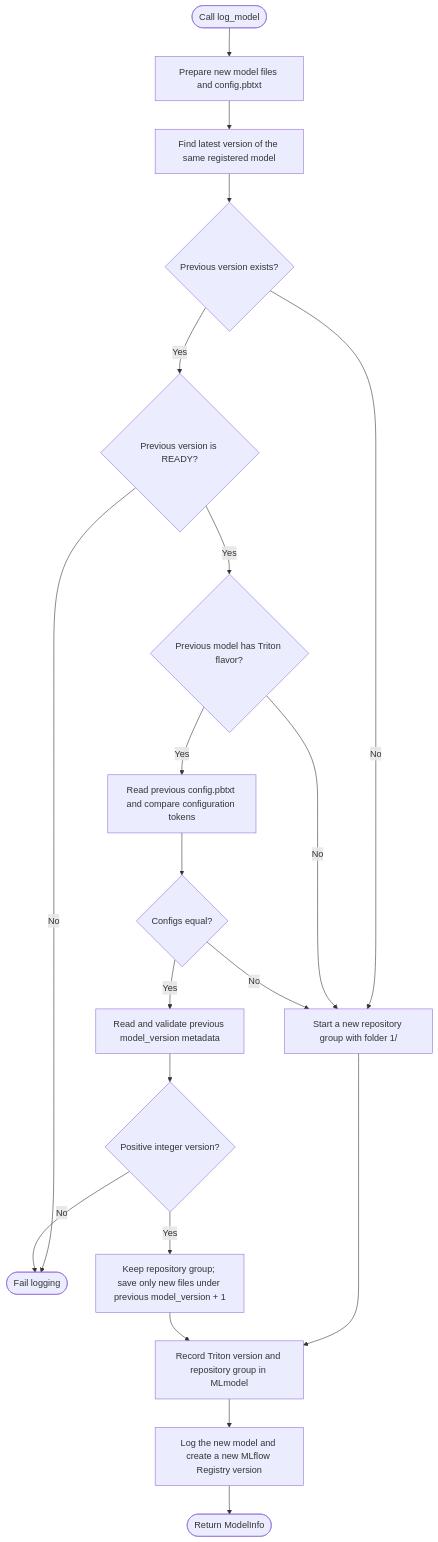
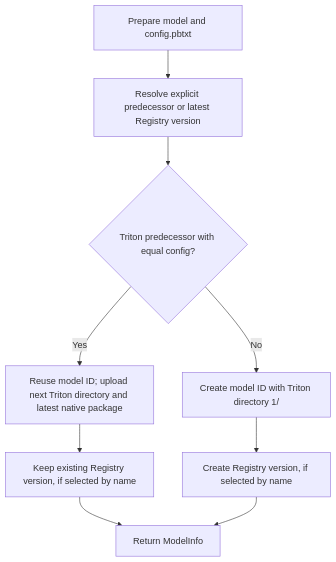
One commit to ai-lab-tech/mlflow-plugin changed the diagram in packages/mlflow-triton/ADVANCED.md. Above: the diagram before and after it, drawn with Mermaid. The commit also changed other lines of this file and 11 other files, not shown here.

First line of the commit message:
Reuse logged model identity for compatible Triton updates

````diff
--- a/packages/mlflow-triton/ADVANCED.md
+++ b/packages/mlflow-triton/ADVANCED.md
@@ -92,22 +97,11 @@
 ```mermaid
 flowchart TD
-    Start(["Call log_model"]) --> Prepare["Prepare new model files and config.pbtxt"]
-    Prepare --> Lookup["Find latest version of the same registered model"]
-    Lookup --> Previous{"Previous version exists?"}
-    Previous -->|No| Fresh["Start a new repository group with folder 1/"]
-    Previous -->|Yes| Ready{"Previous version is READY?"}
-    Ready -->|No| Fail(["Fail logging"])
-    Ready -->|Yes| Flavor{"Previous model has Triton flavor?"}
-    Flavor -->|No| Fresh
-    Flavor -->|Yes| Compare["Read previous config.pbtxt and compare configuration tokens"]
-    Compare --> Equal{"Configs equal?"}
-    Equal -->|No| Fresh
-    Equal -->|Yes| Version["Read and validate previous model_version metadata"]
-    Version --> Valid{"Positive integer version?"}
-    Valid -->|No| Fail
-    Valid -->|Yes| Append["Keep repository group; save only new files under previous model_version + 1"]
-    Fresh --> Metadata["Record Triton version and repository group in MLmodel"]
-    Append --> Metadata
-    Metadata --> Log["Log the new model and create a new MLflow Registry version"]
-    Log --> Done(["Return ModelInfo"])
+    Start["Prepare model and config.pbtxt"] --> Lookup["Resolve explicit predecessor or latest Registry version"]
+    Lookup --> Compatible{"Triton predecessor with equal config?"}
+    Compatible -->|Yes| Append["Reuse model ID; upload next Triton directory and latest native package"]
+    Compatible -->|No| New["Create model ID with Triton directory 1/"]
+    Append --> Existing["Keep existing Registry version, if selected by name"]
+    New --> Register["Create Registry version, if selected by name"]
+    Existing --> Done["Return ModelInfo"]
+    Register --> Done
 ```
````
